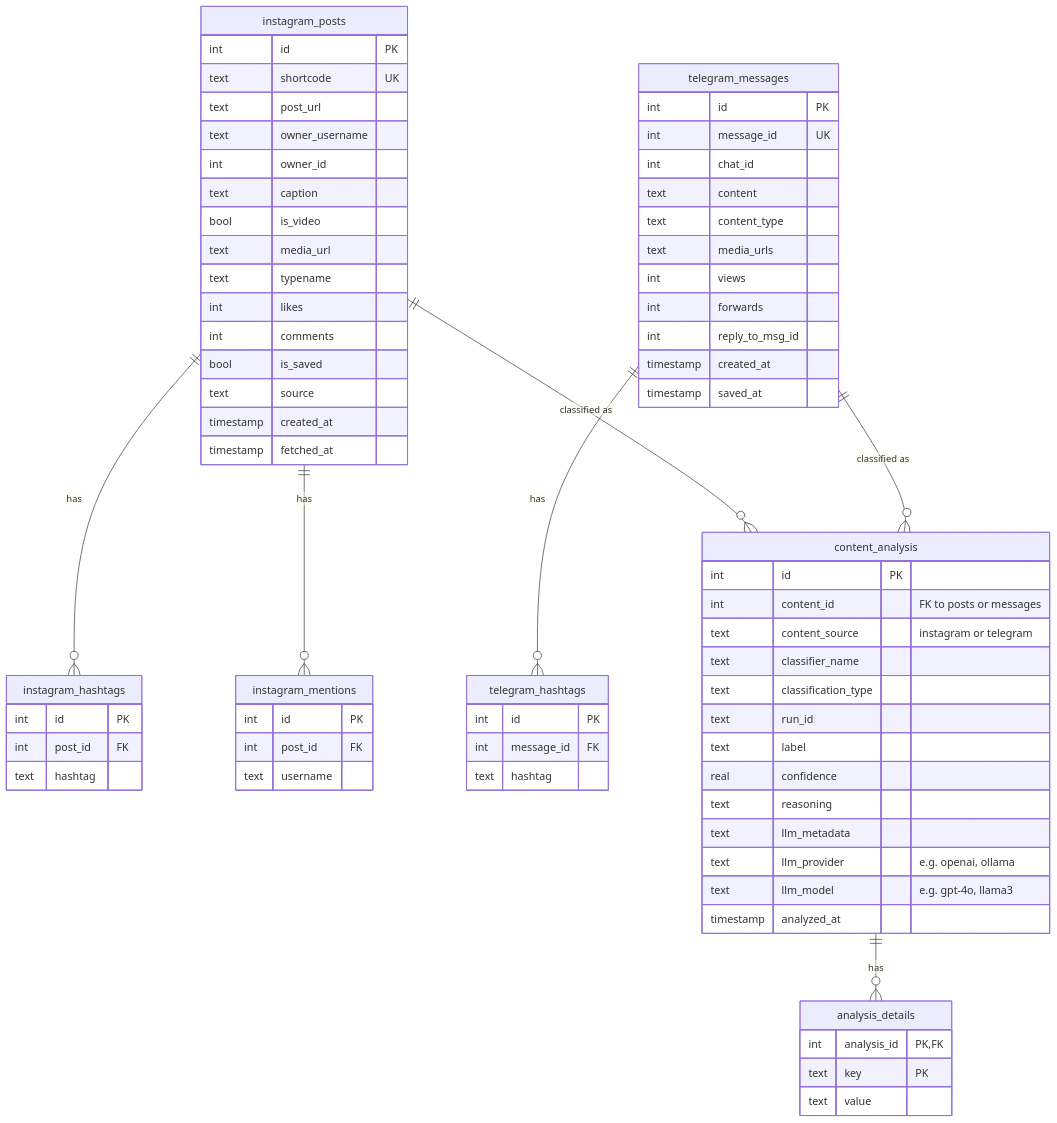
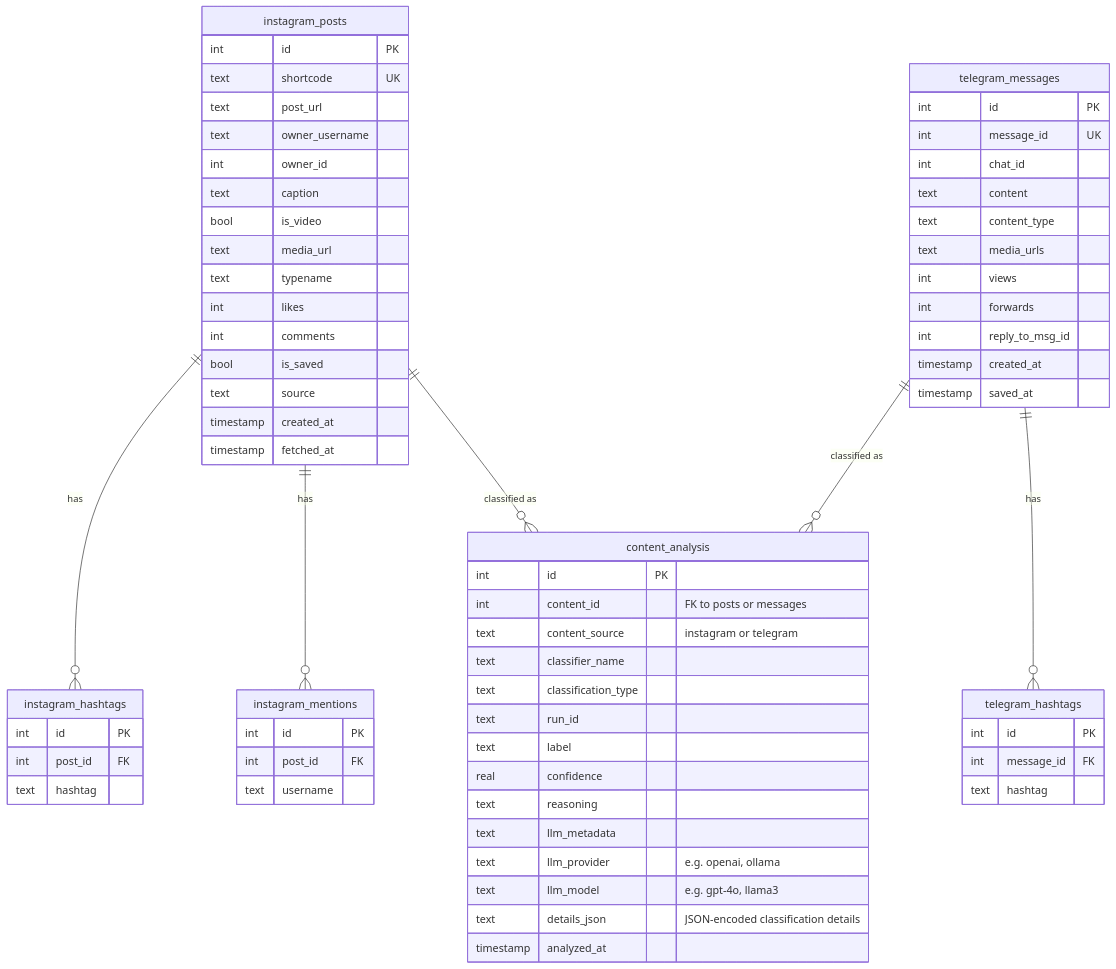
Before and after one commit to Pacman1984/postparse: the diagram in docs/database.md, drawn with Mermaid. The commit also changed other lines of this file and 100 other files, not shown here.

````diff
--- a/docs/database.md
+++ b/docs/database.md
@@ -7,81 +7,75 @@
 ```mermaid
 erDiagram
     instagram_posts {
         int id PK
         text shortcode UK
         text post_url
         text owner_username
         int owner_id
         text caption
         bool is_video
         text media_url
         text typename
         int likes
         int comments
         bool is_saved
         text source
         timestamp created_at
         timestamp fetched_at
     }
 
     instagram_hashtags {
         int id PK
         int post_id FK
         text hashtag
     }
 
     instagram_mentions {
         int id PK
         int post_id FK
         text username
     }
 
     telegram_messages {
         int id PK
         int message_id UK
         int chat_id
         text content
         text content_type
         text media_urls
         int views
         int forwards
         int reply_to_msg_id
         timestamp created_at
         timestamp saved_at
     }
 
     telegram_hashtags {
         int id PK
         int message_id FK
         text hashtag
     }
 
     content_analysis {
         int id PK
         int content_id "FK to posts or messages"
         text content_source "instagram or telegram"
         text classifier_name
         text classification_type
         text run_id
         text label
         real confidence
         text reasoning
         text llm_metadata
         text llm_provider "e.g. openai, ollama"
         text llm_model "e.g. gpt-4o, llama3"
+        text details_json "JSON-encoded classification details"
         timestamp analyzed_at
-    }
-
-    analysis_details {
-        int analysis_id PK,FK
-        text key PK
-        text value
     }
 
     instagram_posts ||--o{ instagram_hashtags : "has"
     instagram_posts ||--o{ instagram_mentions : "has"
     instagram_posts ||--o{ content_analysis : "classified as"
     telegram_messages ||--o{ telegram_hashtags : "has"
     telegram_messages ||--o{ content_analysis : "classified as"
-    content_analysis ||--o{ analysis_details : "has"
 ```
````
